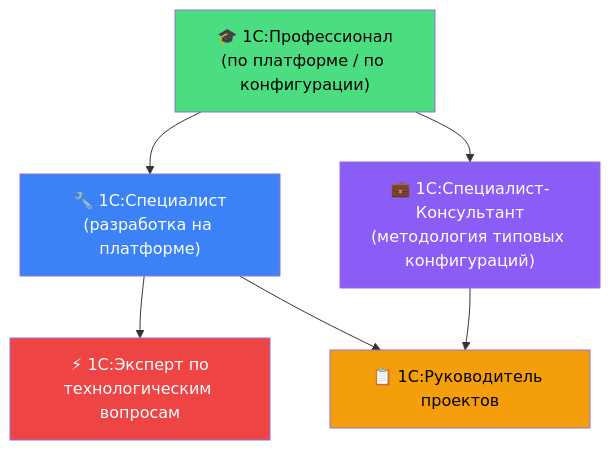
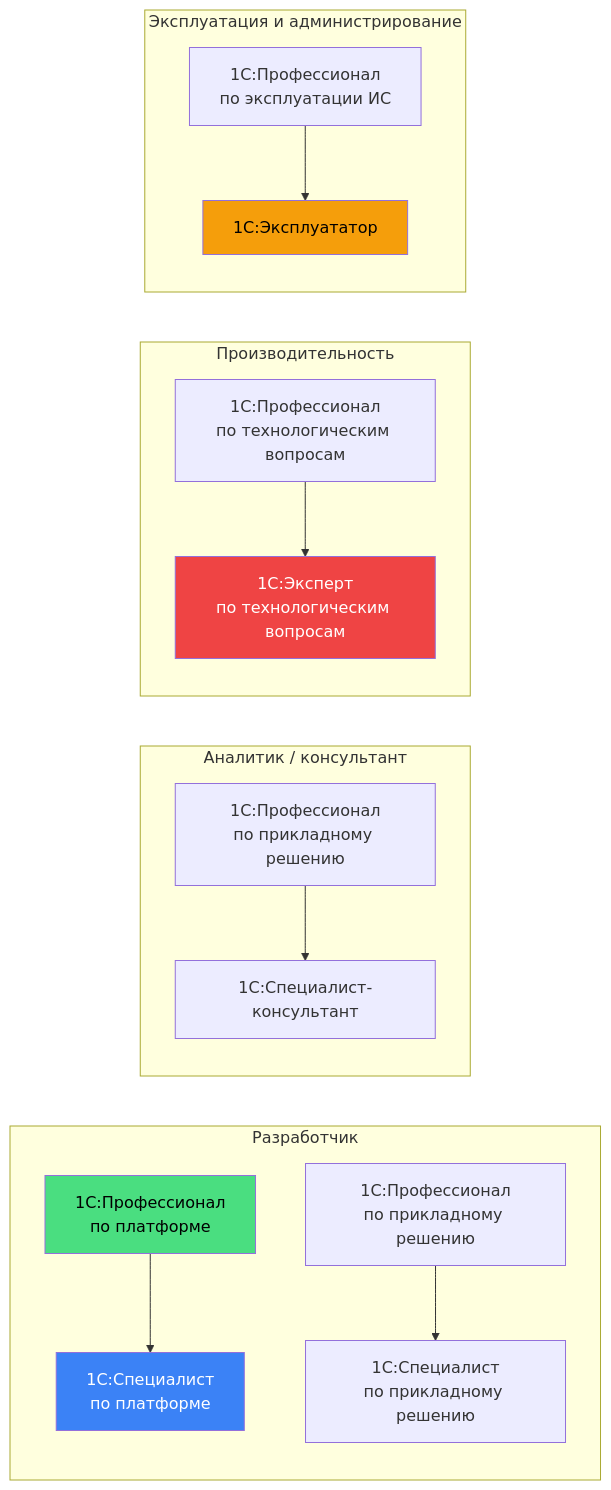
One commit to Kelll31/1C-Roadmap changed the diagram in 04_Certifications.md. Above: the diagram before and after it, drawn with Mermaid. The commit also changed other lines of this file and 8 other files, not shown here.

````diff
--- a/04_Certifications.md
+++ b/04_Certifications.md
@@ -13,17 +38,20 @@
 ```mermaid
-flowchart TD
-    P["🎓 1С:Профессионал\n(по платформе / по конфигурации)"]
-    
-    P --> S_P["🔧 1С:Специалист\n(разработка на платформе)"]
-    P --> SC["💼 1С:Специалист-Консультант\n(методология типовых конфигураций)"]
-    
-    S_P --> E["⚡ 1С:Эксперт по\nтехнологическим вопросам"]
-    S_P --> PM["📋 1С:Руководитель проектов"]
-    SC --> PM
-
-    style P fill:#4ade80,color:#000
-    style S_P fill:#3b82f6,color:#fff
-    style SC fill:#8b5cf6,color:#fff
-    style E fill:#ef4444,color:#fff
-    style PM fill:#f59e0b,color:#000
+flowchart LR
+    subgraph DEV["Разработчик"]
+        PP["1С:Профессионал<br/>по платформе"] --> SP["1С:Специалист<br/>по платформе"]
+        PR1["1С:Профессионал<br/>по прикладному решению"] --> SR["1С:Специалист<br/>по прикладному решению"]
+    end
+    subgraph AN["Аналитик / консультант"]
+        PR2["1С:Профессионал<br/>по прикладному решению"] --> SC["1С:Специалист-консультант"]
+    end
+    subgraph EXPT["Производительность"]
+        PT["1С:Профессионал<br/>по технологическим вопросам"] --> EX["1С:Эксперт<br/>по технологическим вопросам"]
+    end
+    subgraph OPS["Эксплуатация и администрирование"]
+        PE["1С:Профессионал<br/>по эксплуатации ИС"] --> EO["1С:Эксплуататор"]
+    end
+    style PP fill:#4ade80,color:#000
+    style SP fill:#3b82f6,color:#fff
+    style EX fill:#ef4444,color:#fff
+    style EO fill:#f59e0b,color:#000
 ```
````
